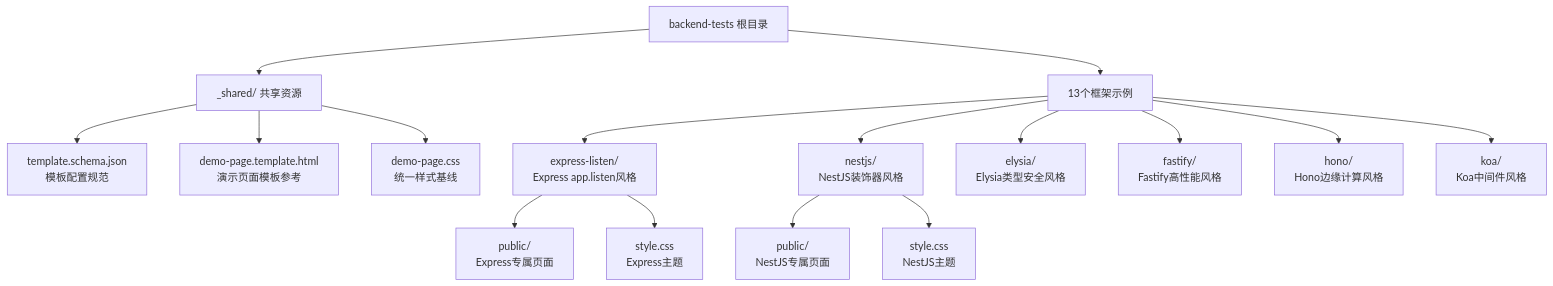
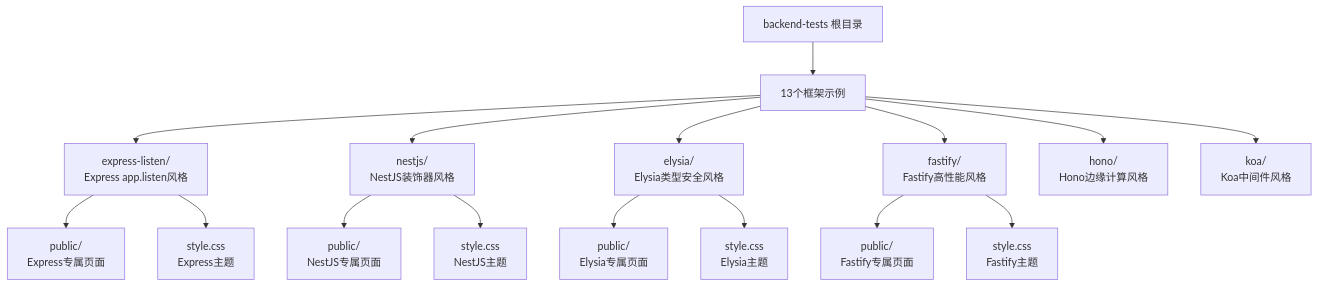
The first of 6 diagrams in .qoder/repowiki/zh/content/后端框架测试/后端框架测试套件.md (esa-sp/test-for-aone-ci), drawn with Mermaid before and after one commit. The commit also changed other lines of this file and 5 other files, not shown here.

````diff
--- a/.qoder/repowiki/zh/content/后端框架测试/后端框架测试套件.md
+++ b/.qoder/repowiki/zh/content/后端框架测试/后端框架测试套件.md
@@ -57,18 +52,18 @@
 ```mermaid
 graph TB
-Root["backend-tests 根目录"] --> Shared["_shared/ 共享资源"]
-Shared --> TemplateSchema["template.schema.json<br/>模板配置规范"]
-Shared --> DemoTemplate["demo-page.template.html<br/>演示页面模板参考"]
-Shared --> DemoCSS["demo-page.css<br/>统一样式基线"]
-Root --> Frameworks["13个框架示例"]
+Root["backend-tests 根目录"] --> Frameworks["13个框架示例"]
 Frameworks --> ExpressListen["express-listen/<br/>Express app.listen风格"]
 Frameworks --> NestJS["nestjs/<br/>NestJS装饰器风格"]
 Frameworks --> Elysia["elysia/<br/>Elysia类型安全风格"]
 Frameworks --> Fastify["fastify/<br/>Fastify高性能风格"]
 Frameworks --> Hono["hono/<br/>Hono边缘计算风格"]
 Frameworks --> Koa["koa/<br/>Koa中间件风格"]
 ExpressListen --> ELPublic["public/<br/>Express专属页面"]
 ExpressListen --> ELStyle["style.css<br/>Express主题"]
 NestJS --> NSPublic["public/<br/>NestJS专属页面"]
 NestJS --> NSStyle["style.css<br/>NestJS主题"]
+Elysia --> EPub["public/<br/>Elysia专属页面"]
+Elysia --> EStyle["style.css<br/>Elysia主题"]
+Fastify --> FPub["public/<br/>Fastify专属页面"]
+Fastify --> FStyle["style.css<br/>Fastify主题"]
 ```
````
